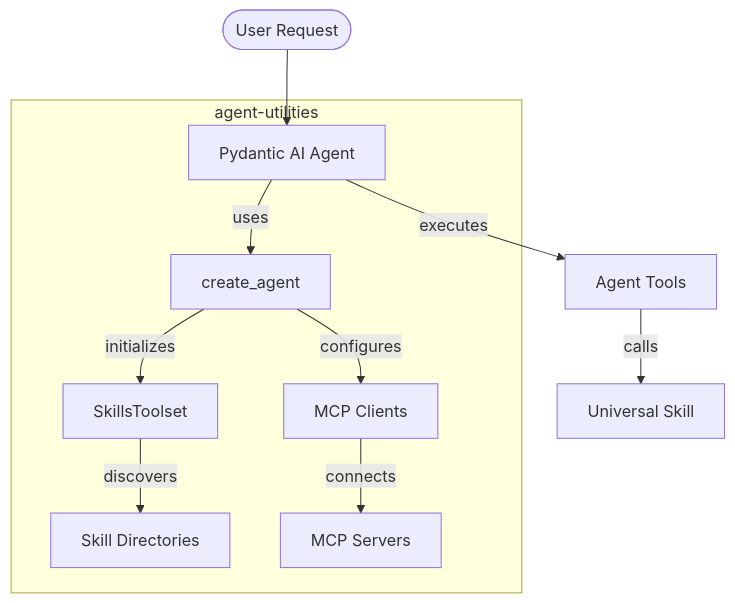
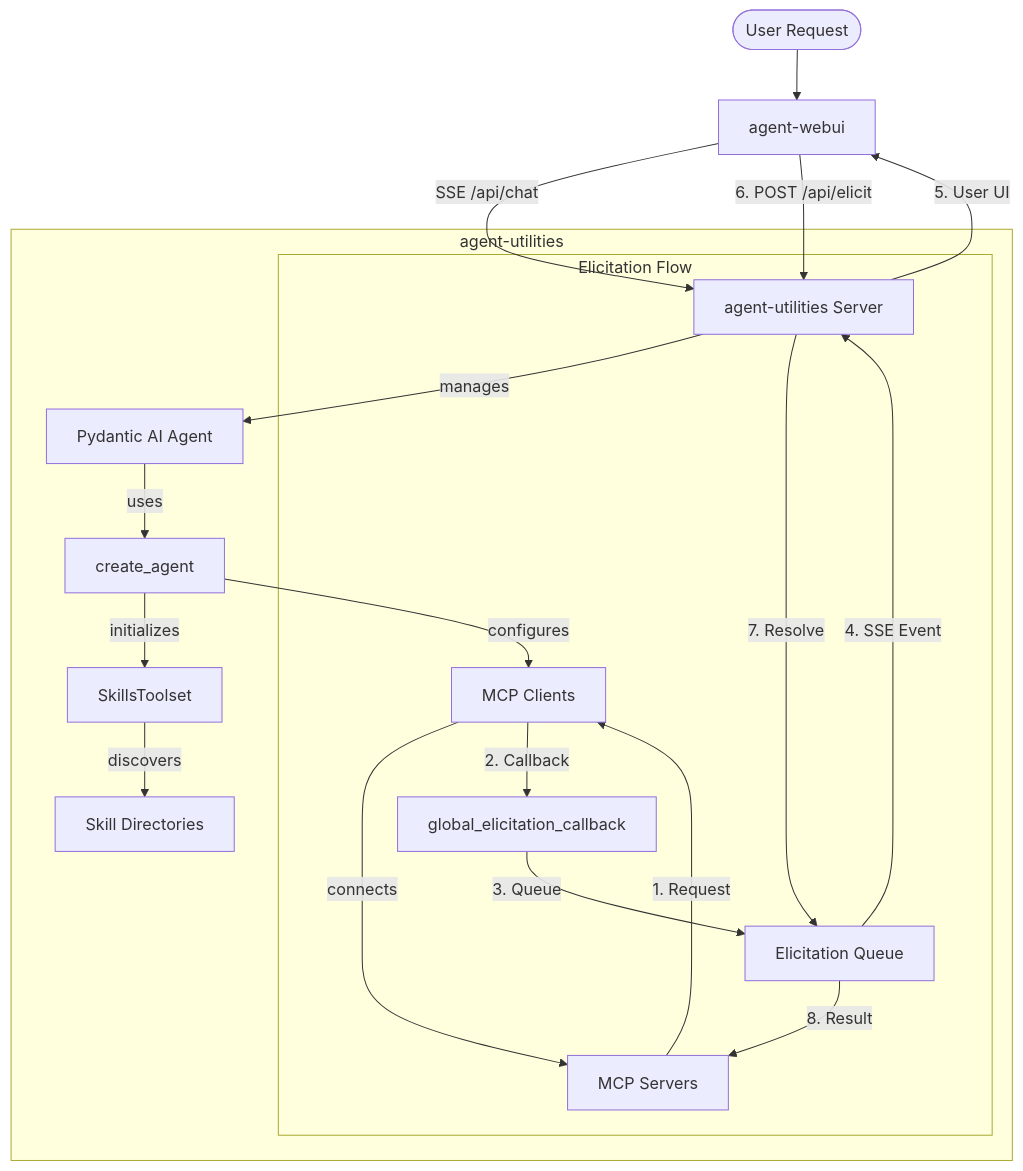
Before and after one commit to Knuckles-Team/agent-utilities: the diagram in AGENTS.md, drawn with Mermaid. The commit also changed other lines of this file and 7 other files, not shown here.

````diff
--- a/AGENTS.md
+++ b/AGENTS.md
@@ -14,13 +21,26 @@
 ```mermaid
 graph TD
-    User([User Request]) --> Agent[Pydantic AI Agent]
+    User([User Request]) --> WebUI[agent-webui]
+    WebUI -- SSE /api/chat --> Backend[agent-utilities Server]
+
     subgraph AgentUtilities [agent-utilities]
+        Backend -- manages --> Agent[Pydantic AI Agent]
         Agent -- uses --> CA[create_agent]
         CA -- initializes --> ST[SkillsToolset]
         CA -- configures --> MCP[MCP Clients]
         ST -- discovers --> SkillDir[Skill Directories]
         MCP -- connects --> MCPServer[MCP Servers]
+
+        subgraph ElicitationFlow [Elicitation Flow]
+            MCPServer -- 1. Request --> MCP
+            MCP -- 2. Callback --> GEC[global_elicitation_callback]
+            GEC -- 3. Queue --> EQ[Elicitation Queue]
+            EQ -- 4. SSE Event --> Backend
+        end
     end
-    Agent -- executes --> Tool[Agent Tools]
-    Tool -- calls --> Skill[Universal Skill]
+
+    Backend -- 5. User UI --> WebUI
+    WebUI -- 6. POST /api/elicit --> Backend
+    Backend -- 7. Resolve --> EQ
+    EQ -- 8. Result --> MCPServer
 ```
````
